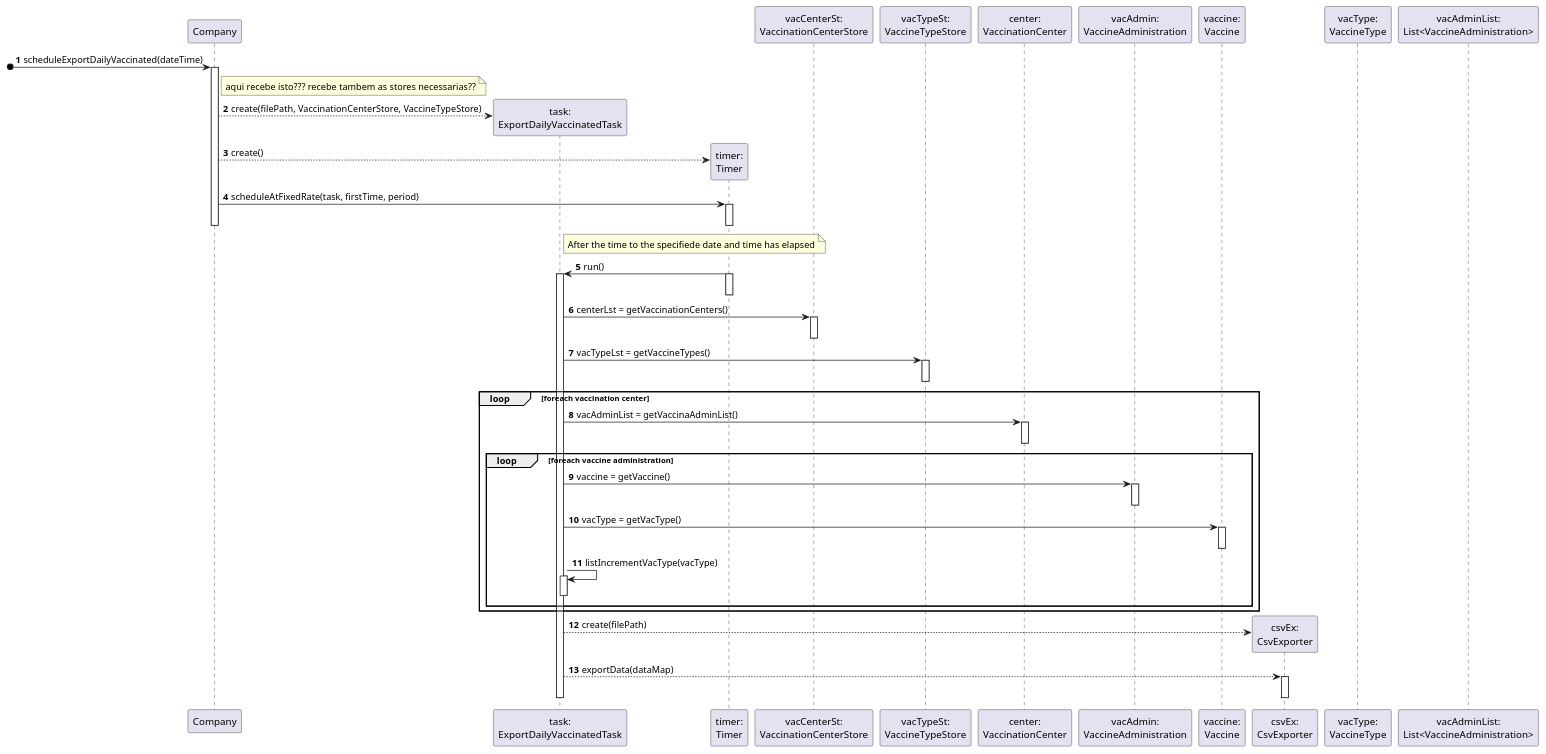
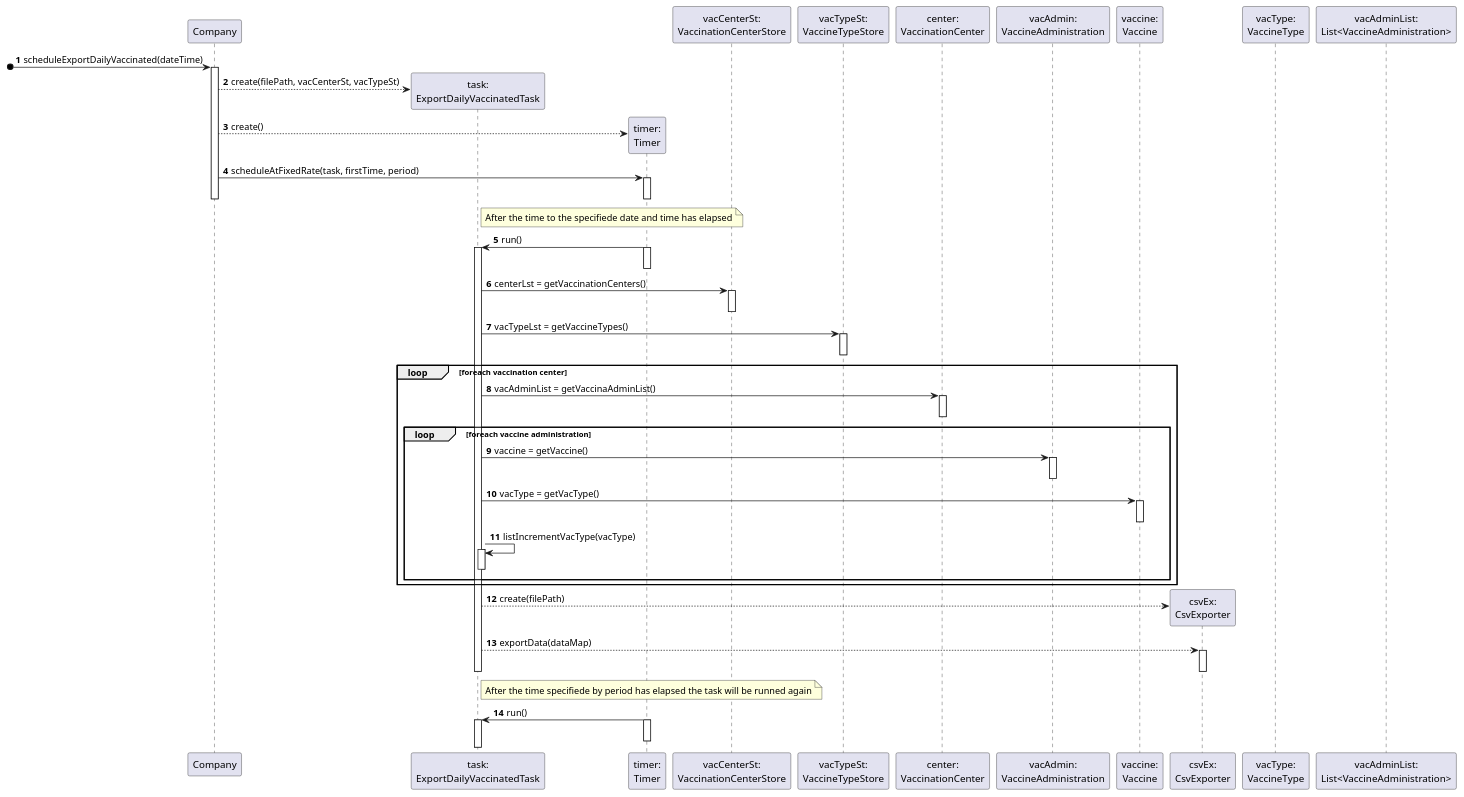
Before and after one commit to miseEnPlace-i/lapr2: the diagram in docs/SprintD/US06/SD/US06_SD.puml, drawn with PlantUML. The commit also changed 1 other file, not shown here.

```diff
--- a/docs/SprintD/US06/SD/US06_SD.puml
+++ b/docs/SprintD/US06/SD/US06_SD.puml
@@ -1,81 +1,83 @@
 @startuml
 autonumber
 'hide footbox
 
 participant "Company" as COMP
 participant "task:\nExportDailyVaccinatedTask" as TASK
 participant "timer:\nTimer" as TIMER
 participant "vacCenterSt:\nVaccinationCenterStore" as VCST
 participant "vacTypeSt:\nVaccineTypeStore" as VTST
 participant "center:\nVaccinationCenter" as CENTER
 participant "vacAdmin:\nVaccineAdministration" as VACADMIN
 participant "vaccine:\nVaccine" as VAC
 participant "csvEx:\nCsvExporter" as CSVEX
 participant "vacType:\nVaccineType" as VACTYPE
 participant "vacAdminList:\nList<VaccineAdministration>" as VALST
 participant "dataMap:\nHashMap<VaccinationCenter,HashMap<VaccineType,Int>>" as VALST
 
 
     [o-> COMP : scheduleExportDailyVaccinated(dateTime)
     activate COMP
 
-        note right of COMP
-            aqui recebe isto??? recebe tambem as stores necessarias??
-        end note 
-        COMP --> TASK ** : create(filePath, VaccinationCenterStore, VaccineTypeStore)
+        COMP --> TASK ** : create(filePath, vacCenterSt, vacTypeSt)
 
         COMP --> TIMER ** : create()
 
         COMP -> TIMER : scheduleAtFixedRate(task, firstTime, period)
         activate TIMER
         deactivate TIMER
 
         note right TASK 
             After the time to the specifiede date and time has elapsed
         end note 
         
     deactivate COMP
 
         TIMER -> TASK : run()
         activate TIMER
         deactivate TIMER
         activate TASK
             TASK -> VCST : centerLst = getVaccinationCenters()
             activate VCST
             deactivate VCST
 
             TASK -> VTST : vacTypeLst = getVaccineTypes()
             activate VTST
             deactivate VTST
 
             loop foreach vaccination center
                 TASK -> CENTER : vacAdminList = getVaccinaAdminList()
                 activate CENTER
                 deactivate CENTER
 
                 loop foreach vaccine administration
                     TASK -> VACADMIN : vaccine = getVaccine()
                     activate VACADMIN
                     deactivate VACADMIN
 
                     TASK -> VAC : vacType = getVacType()
                     activate VAC
                     deactivate VAC
 
                     TASK -> TASK : listIncrementVacType(vacType)
                     activate TASK
                     deactivate TASK
                 end
             end
 
             TASK --> CSVEX ** : create(filePath)
             TASK --> CSVEX : exportData(dataMap)
             activate CSVEX
             deactivate CSVEX
 
         deactivate TASK
 
-
-
+        note right TASK 
+            After the time specifiede by period has elapsed the task will be runned again
+        end note 
+        TIMER -> TASK : run()
+        activate TIMER
+        deactivate TIMER
+        activate TASK
 
 @enduml 
```
